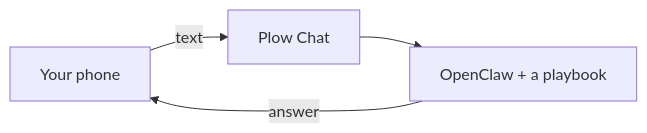
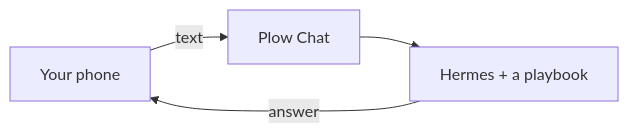
Before and after one commit to kumanaya/openclaw-cat-paw: the diagram in README.md, drawn with Mermaid. The commit also changed other lines of this file, not shown here.

````diff
--- a/README.md
+++ b/README.md
@@ -55,6 +55,6 @@
 ```mermaid
 flowchart LR
   phone["Your phone"] -->|"text"| plow["Plow Chat"]
-  plow --> claw["OpenClaw + a playbook"]
-  claw -->|"answer"| phone
+  plow --> hermes["Hermes + a playbook"]
+  hermes -->|"answer"| phone
 ```
````
